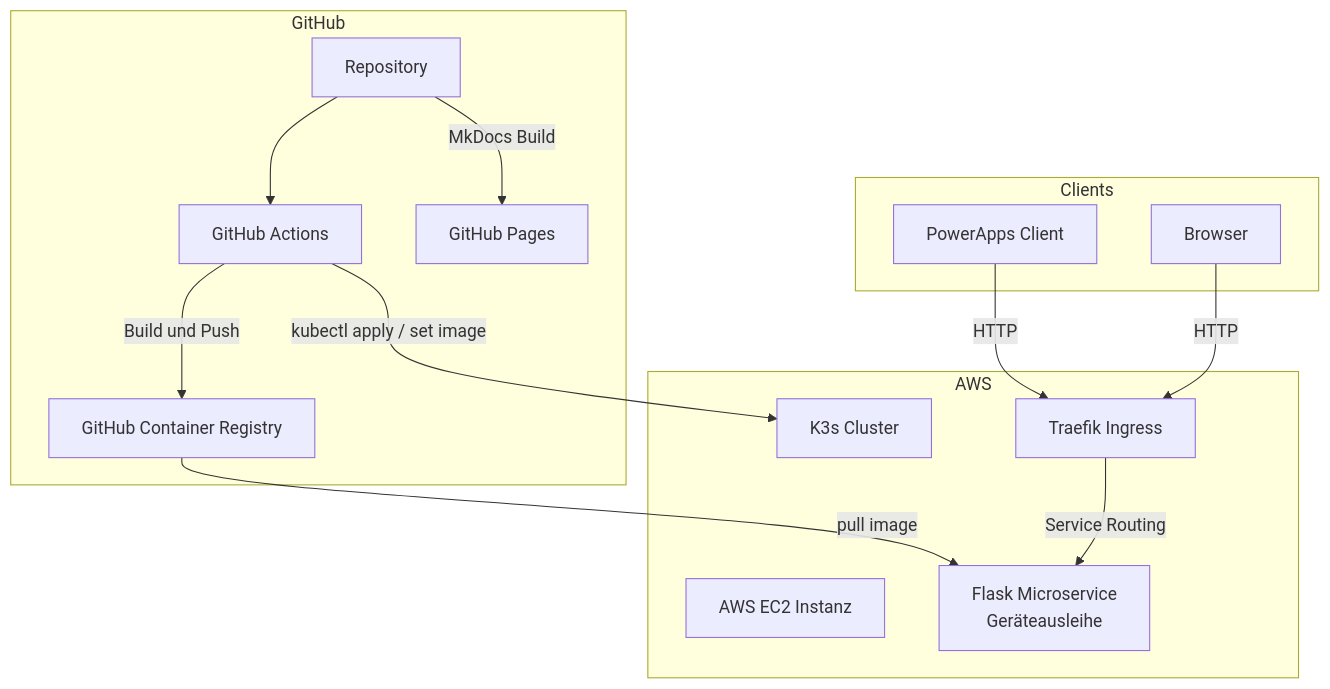
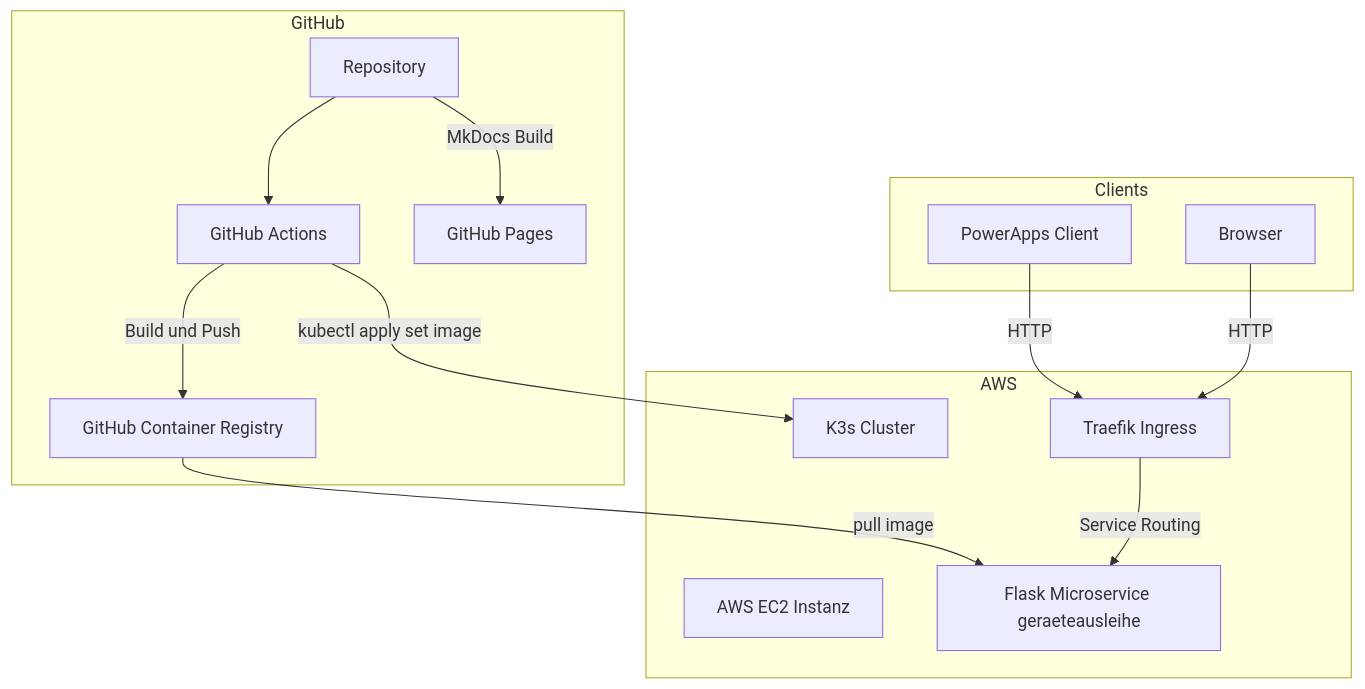
Before and after one commit to Cancani/geraeteausleihe-sem4: the sixth of 6 diagrams in docs/dokumentation.md, drawn with Mermaid. The commit also changed 2 other files, not shown here.

Commit message:
docs(change): mermaid-force.js um mermaid blöcke korrekt anzuzeigen hinzugefügt.

````diff
--- a/docs/dokumentation.md
+++ b/docs/dokumentation.md
@@ -764,32 +764,32 @@
 ```mermaid
 flowchart TD
   subgraph Clients
     PA[PowerApps Client]
     BR[Browser]
   end
 
   subgraph GitHub
     REPO[Repository]
     ACT[GitHub Actions]
     GHCR[GitHub Container Registry]
     PAGES[GitHub Pages]
   end
 
   subgraph AWS
     EC2[AWS EC2 Instanz]
     K3S[K3s Cluster]
     TRF[Traefik Ingress]
-    SVC[Flask Microservice\nGeräteausleihe]
+    SVC[Flask Microservice geraeteausleihe]
   end
 
   PA -->|HTTP| TRF
   BR -->|HTTP| TRF
   TRF -->|Service Routing| SVC
 
   REPO --> ACT
   ACT -->|Build und Push| GHCR
-  ACT -->|kubectl apply / set image| K3S
+  ACT -->|kubectl apply set image| K3S
   GHCR -->|pull image| SVC
 
   REPO -->|MkDocs Build| PAGES
 ```
````
